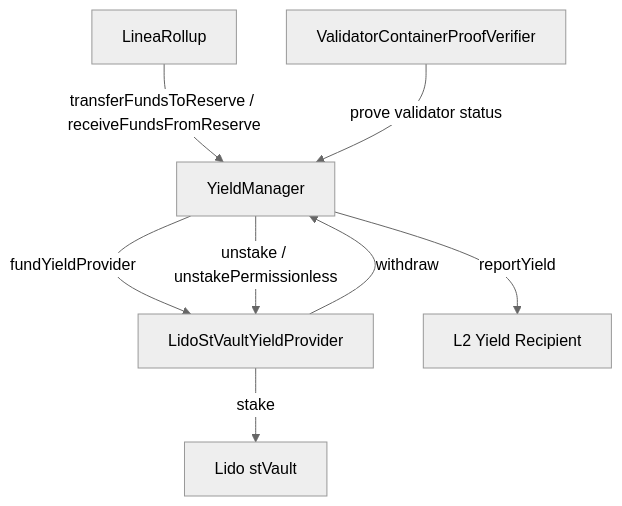
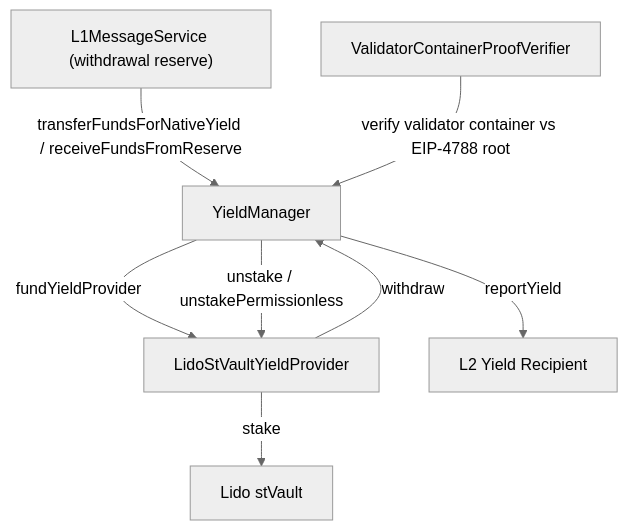
The diagram in docs/features/yield-management.md (phylaxsystems/linea-monorepo), drawn with Mermaid (neutral theme) before and after one commit. The commit also changed other lines of this file and 1 other file, not shown here.

First line of the commit message:
docs(misc): correct overstated protocol safety claims in yield docs (#3554)

````diff
--- a/docs/features/yield-management.md
+++ b/docs/features/yield-management.md
@@ -25,10 +38,10 @@
 ```mermaid
 flowchart TD
-    LR[LineaRollup] -->|"transferFundsToReserve / receiveFundsFromReserve"| YM[YieldManager]
+    L1["L1MessageService (withdrawal reserve)"] -->|"transferFundsForNativeYield / receiveFundsFromReserve"| YM[YieldManager]
     YM -->|"fundYieldProvider"| LP[LidoStVaultYieldProvider]
     LP -->|stake| Lido[Lido stVault]
     YM -->|"reportYield"| L2[L2 Yield Recipient]
     YM -->|"unstake / unstakePermissionless"| LP
     LP -->|withdraw| YM
-    VCP[ValidatorContainerProofVerifier] -->|"prove validator status"| YM
+    VCP[ValidatorContainerProofVerifier] -->|"verify validator container vs EIP-4788 root"| YM
 ```
````
